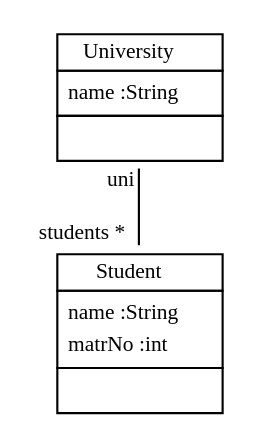
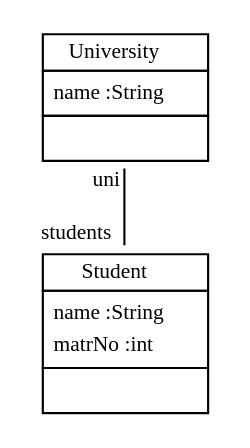
The diagram in doc/StudyRightClasses03.dot (fujaba/SDMLib), drawn with Graphviz before and after one commit. The commit also changed 32 other files, not shown here.

```diff
--- a/doc/StudyRightClasses03.dot
+++ b/doc/StudyRightClasses03.dot
@@ -1,13 +1,13 @@
 
  digraph ClassDiagram {
     node [shape = none, fontsize = 10]; 
     edge [fontsize = 10];
     
     
-    _University [label=<<table border='0' cellborder='1' cellspacing='0'> <tr> <td>University</td> </tr> <tr><td><table border='0' cellborder='0' cellspacing='0'> <tr><td align='left'>name :String</td></tr>  </table></td></tr> <tr><td><table border='0' cellborder='0' cellspacing='0'> <tr><td> </td></tr> </table></td></tr> </table>>];
-    _Student [label=<<table border='0' cellborder='1' cellspacing='0'> <tr> <td>Student</td> </tr> <tr><td><table border='0' cellborder='0' cellspacing='0'> <tr><td align='left'>name :String</td></tr> <tr><td align='left'>matrNo :int</td></tr>  </table></td></tr> <tr><td><table border='0' cellborder='0' cellspacing='0'> <tr><td> </td></tr> </table></td></tr> </table>>];
+    _University [label=<<table border='0' cellborder='1' cellspacing='0'> <tr> <td HREF="../examples/org/sdmlib/examples/studyright/University.java">University</td> </tr> <tr><td><table border='0' cellborder='0' cellspacing='0'> <tr><td align='left'>name :String</td></tr>  </table></td></tr> <tr><td><table border='0' cellborder='0' cellspacing='0'> <tr><td> </td></tr> </table></td></tr> </table>>];
+    _Student [label=<<table border='0' cellborder='1' cellspacing='0'> <tr> <td HREF="../examples/org/sdmlib/examples/studyright/Student.java">Student</td> </tr> <tr><td><table border='0' cellborder='0' cellspacing='0'> <tr><td align='left'>name :String</td></tr> <tr><td align='left'>matrNo :int</td></tr>  </table></td></tr> <tr><td><table border='0' cellborder='0' cellspacing='0'> <tr><td> </td></tr> </table></td></tr> </table>>];
     
     
     
-    _University -> _Student [headlabel = "students *" taillabel = "uni" arrowhead = "none" ];
+    _University -> _Student [headlabel = "students" taillabel = "uni" arrowhead = "none" ];
 }
```
